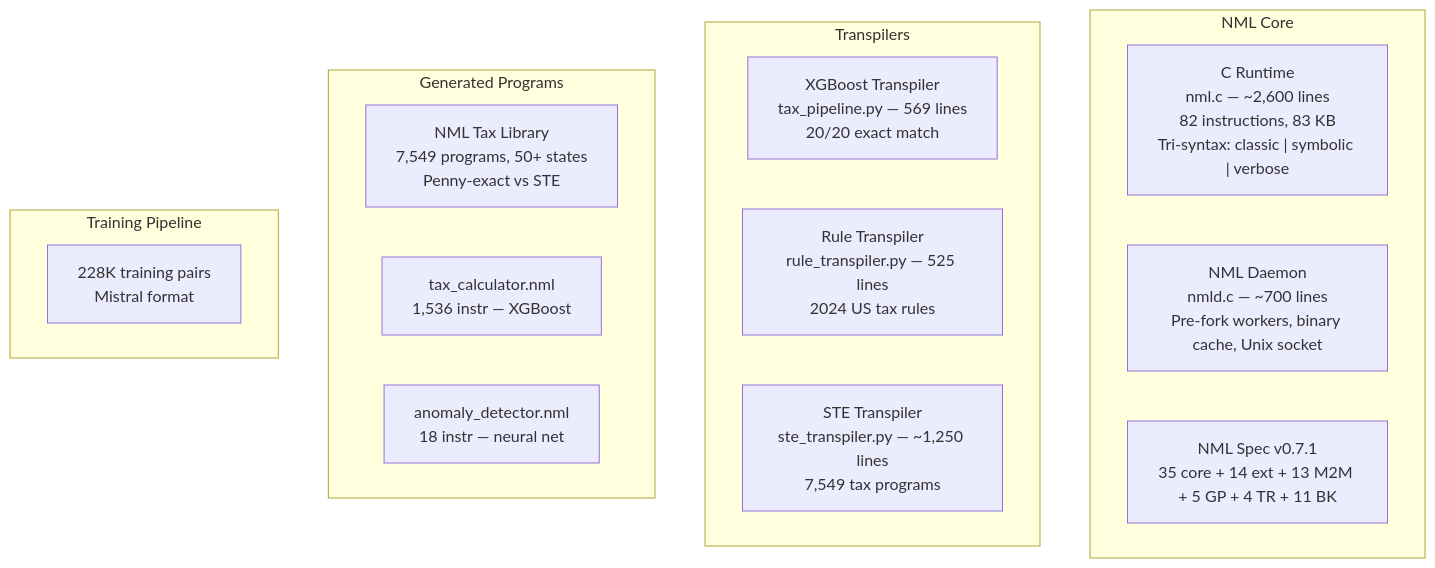
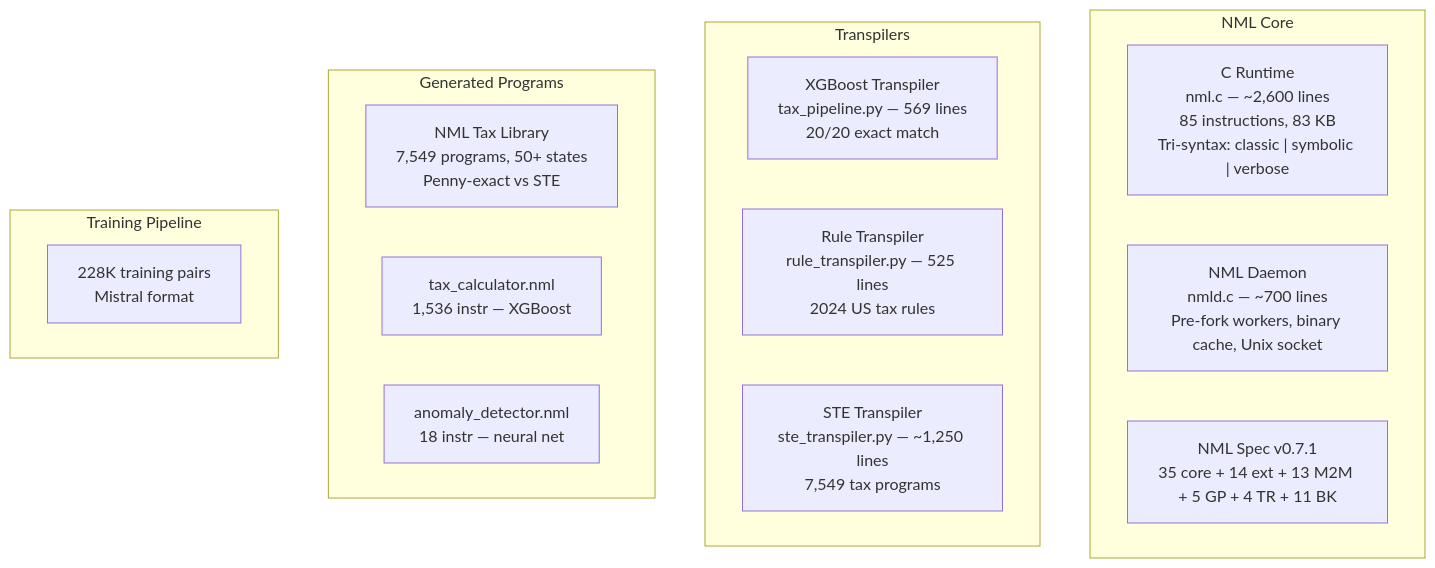
One commit to dnamaz/nml changed the sixth of 6 diagrams in docs/NML_Implementation_Document.md. Above: the diagram before and after it, drawn with Mermaid. The commit also changed other lines of this file and 64 other files, not shown here.

````diff
--- a/docs/NML_Implementation_Document.md
+++ b/docs/NML_Implementation_Document.md
@@ -305,24 +305,24 @@
 ```mermaid
 flowchart TD
     subgraph core [NML Core]
-        Runtime["C Runtime\nnml.c — ~2,600 lines\n82 instructions, 83 KB\nTri-syntax: classic | symbolic | verbose"]
+        Runtime["C Runtime\nnml.c — ~2,600 lines\n85 instructions, 83 KB\nTri-syntax: classic | symbolic | verbose"]
         Daemon["NML Daemon\nnmld.c — ~700 lines\nPre-fork workers, binary cache, Unix socket"]
         Spec["NML Spec v0.7.1\n35 core + 14 ext + 13 M2M + 5 GP + 4 TR + 11 BK"]
     end
 
     subgraph transpilers [Transpilers]
         XGB["XGBoost Transpiler\ntax_pipeline.py — 569 lines\n20/20 exact match"]
         Rules["Rule Transpiler\nrule_transpiler.py — 525 lines\n2024 US tax rules"]
         STE["STE Transpiler\nste_transpiler.py — ~1,250 lines\n7,549 tax programs"]
     end
 
     subgraph programs [Generated Programs]
         Library["NML Tax Library\n7,549 programs, 50+ states\nPenny-exact vs STE"]
         P1["tax_calculator.nml\n1,536 instr — XGBoost"]
         P6["anomaly_detector.nml\n18 instr — neural net"]
     end
 
     subgraph training [Training Pipeline]
         T1["228K training pairs\nMistral format"]
     end
 ```
````
